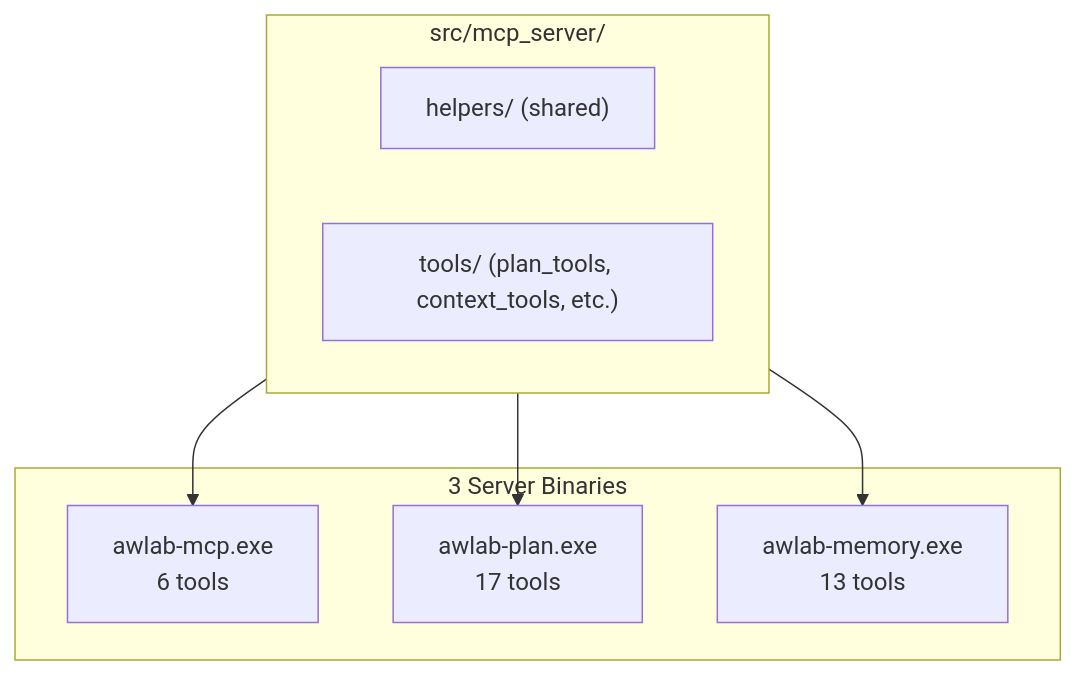
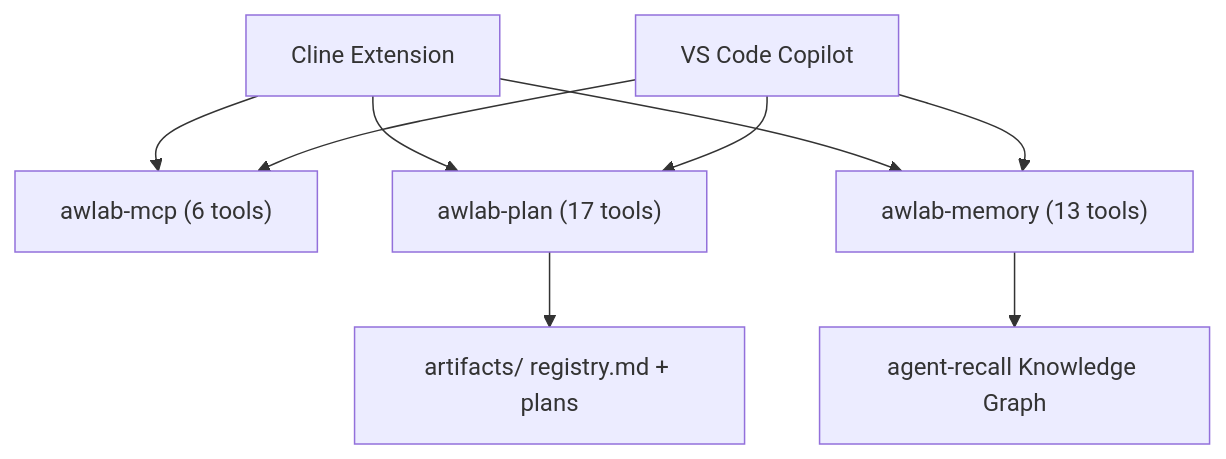
One commit to awsomplak/awlab-ai-assistant changed the diagram in README.md. Above: the diagram before and after it, drawn with Mermaid. The commit also changed other lines of this file and 12 other files, not shown here.

````diff
--- a/README.md
+++ b/README.md
@@ -186,15 +17,15 @@
 ```mermaid
 graph TB
-  subgraph CODEBASE["src/mcp_server/"]
-    SHARED["helpers/ (shared)"]
-    TOOLS["tools/ (plan_tools, context_tools, etc.)"]
-  end
+  CL["Cline Extension"]
+  CP["VS Code Copilot"]
+  AM["awlab-mcp (6 tools)"]
+  AP["awlab-plan (17 tools)"]
+  AR["awlab-memory (13 tools)"]
+  ART["artifacts/ registry.md + plans"]
+  AG["agent-recall Knowledge Graph"]
 
-  subgraph SERVERS["3 Server Binaries"]
-    MCP["awlab-mcp.exe<br/>6 tools"]
-    PLAN["awlab-plan.exe<br/>17 tools"]
-    MEM["awlab-memory.exe<br/>13 tools"]
-  end
-
-  CODEBASE --> MCP & PLAN & MEM
+  CL --> AM & AP & AR
+  CP --> AM & AP & AR
+  AP --> ART
+  AR --> AG
 ```
````
